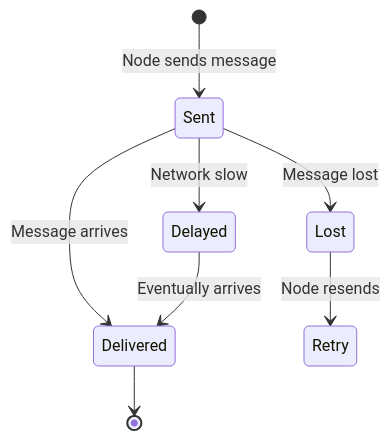
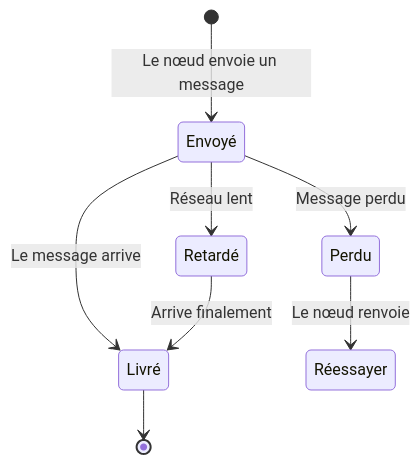
Before and after one commit to dardourimohamed/distributed-systems-course: the fourth of 9 diagrams in src/consensus/11-what-is-consensus.md, drawn with Mermaid. The commit also changed other lines of this file and 38 other files, not shown here.

````diff
--- a/src/consensus/11-what-is-consensus.md
+++ b/src/consensus/11-what-is-consensus.md
@@ -151,10 +155,10 @@
 ```mermaid
 stateDiagram-v2
-    [*] --> Sent: Node sends message
-    Sent --> Delivered: Message arrives
-    Sent --> Lost: Message lost
-    Sent --> Delayed: Network slow
-    Delayed --> Delivered: Eventually arrives
-    Lost --> Retry: Node resends
-    Delivered --> [*]
+    [*] --> Envoyé: Le nœud envoie un message
+    Envoyé --> Livré: Le message arrive
+    Envoyé --> Perdu: Message perdu
+    Envoyé --> Retardé: Réseau lent
+    Retardé --> Livré: Arrive finalement
+    Perdu --> Réessayer: Le nœud renvoie
+    Livré --> [*]
 ```
````
